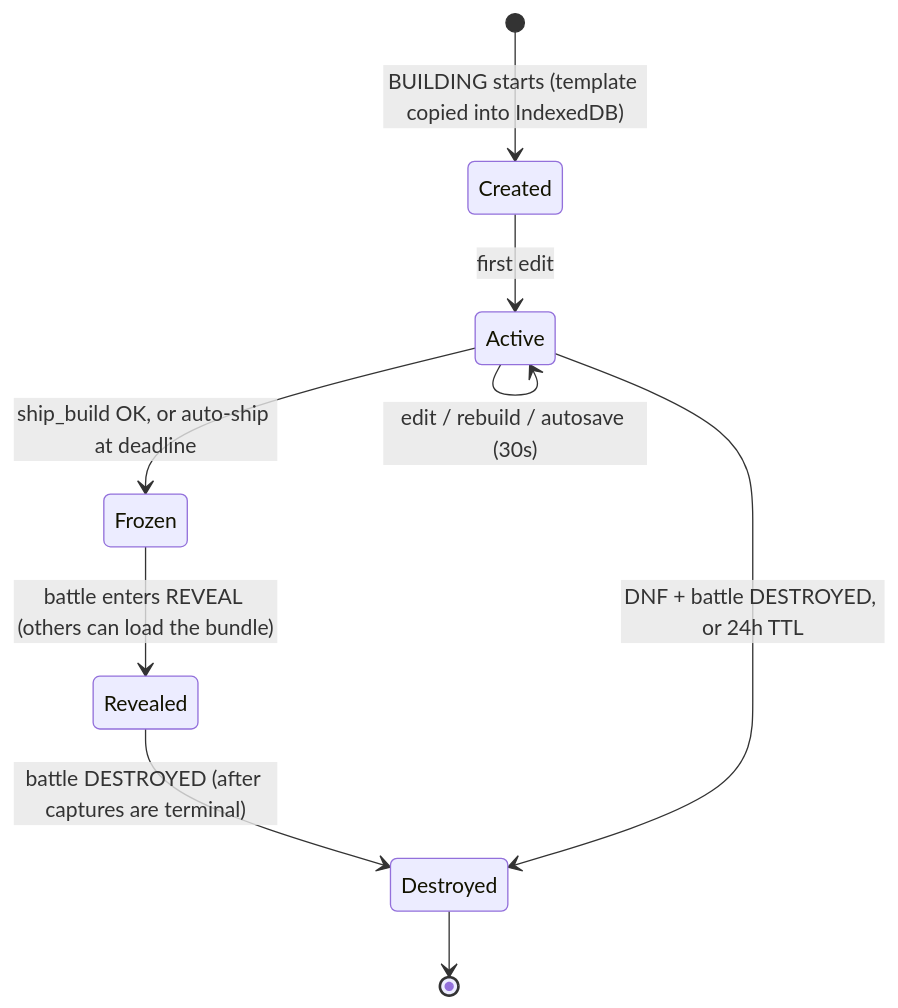
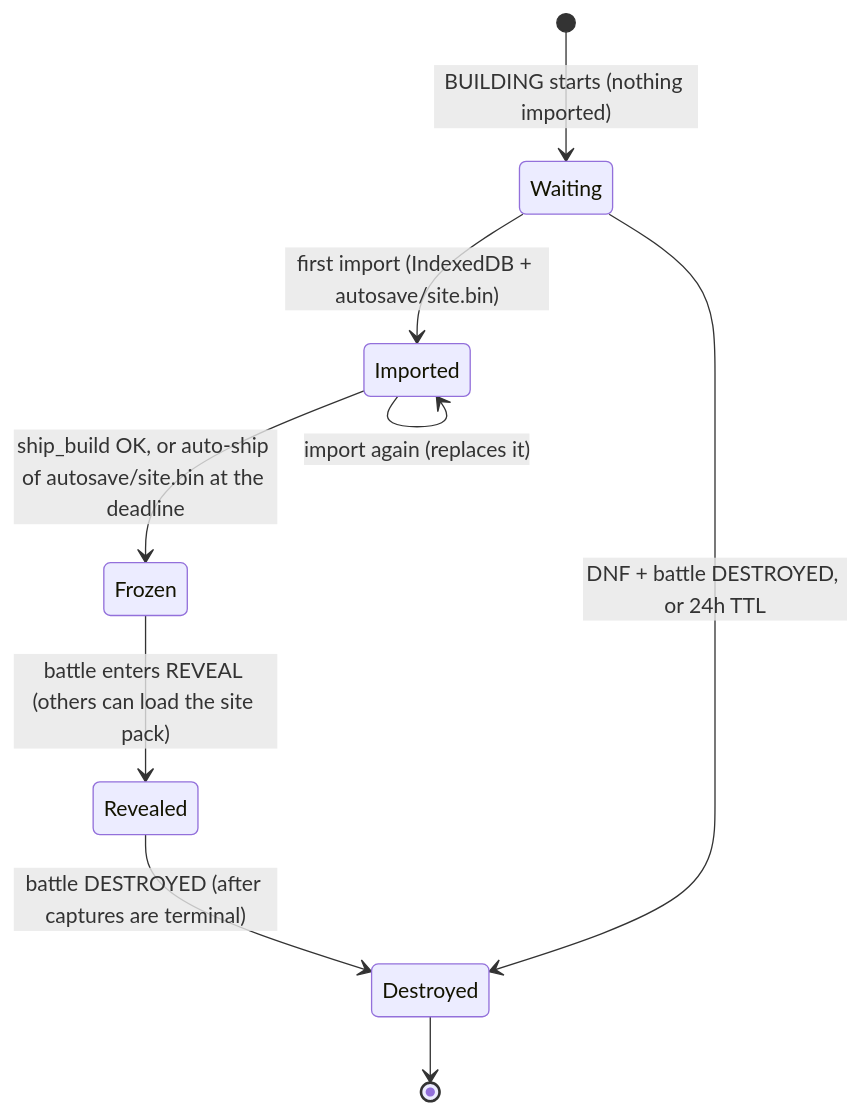
One commit to ertugrulunal9-ui/Build-Roulette changed the second of 2 diagrams in docs/03-sandbox.md. Above: the diagram before and after it, drawn with Mermaid. The commit also changed other lines of this file and 2 other files, not shown here.

First line of the commit message:
Sandbox doc: the site worker replaces the bundler and the package CDN

````diff
--- a/docs/03-sandbox.md
+++ b/docs/03-sandbox.md
@@ -194,11 +178,11 @@
 ```mermaid
 stateDiagram-v2
-  [*] --> Created: BUILDING starts (template copied into IndexedDB)
-  Created --> Active: first edit
-  Active --> Active: edit / rebuild / autosave (30s)
-  Active --> Frozen: ship_build OK, or auto-ship at deadline
-  Frozen --> Revealed: battle enters REVEAL (others can load the bundle)
+  [*] --> Waiting: BUILDING starts (nothing imported)
+  Waiting --> Imported: first import (IndexedDB + autosave/site.bin)
+  Imported --> Imported: import again (replaces it)
+  Imported --> Frozen: ship_build OK, or auto-ship of autosave/site.bin at the deadline
+  Frozen --> Revealed: battle enters REVEAL (others can load the site pack)
   Revealed --> Destroyed: battle DESTROYED (after captures are terminal)
-  Active --> Destroyed: DNF + battle DESTROYED, or 24h TTL
+  Waiting --> Destroyed: DNF + battle DESTROYED, or 24h TTL
   Destroyed --> [*]
 ```
````
